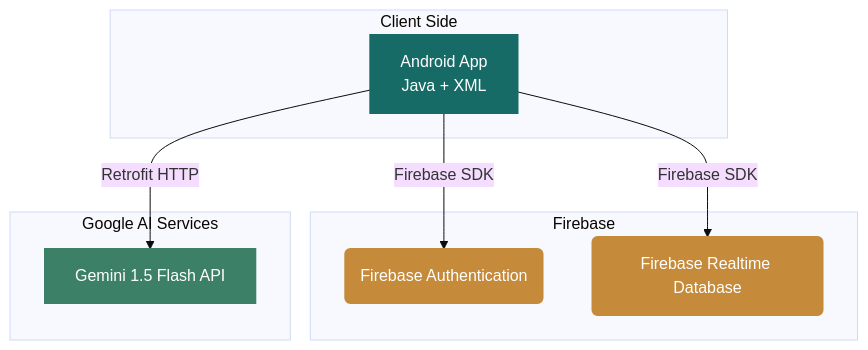
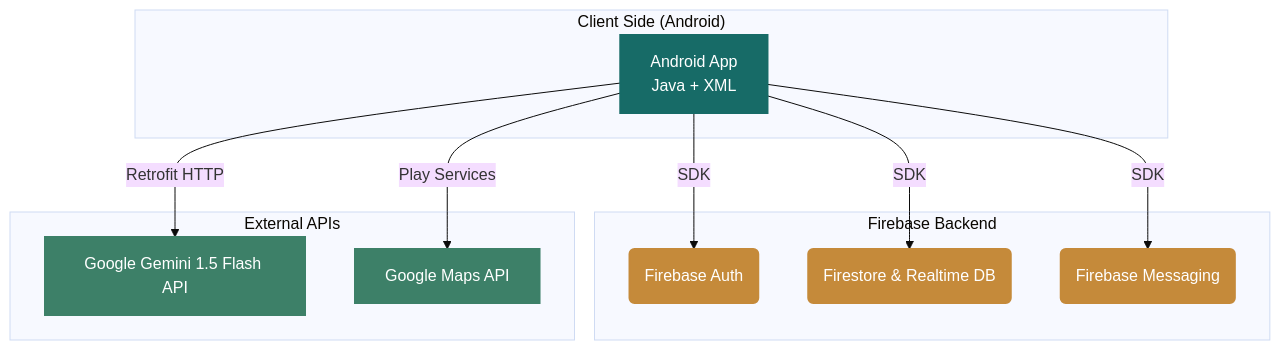
Before and after one commit to krupasawarkar630/SmartLibrary: the diagram in README.md, drawn with Mermaid (base theme). The commit also changed other lines of this file, not shown here.

````diff
--- a/README.md
+++ b/README.md
@@ -49,27 +53,31 @@
 ```mermaid
 graph TD
-    subgraph Client ["Client Side"]
+    subgraph Client ["Client Side (Android)"]
         A[Android App <br> Java + XML]
     end
     
-    subgraph Database ["Firebase"]
-        C(Firebase Authentication)
-        D(Firebase Realtime Database)
+    subgraph Database ["Firebase Backend"]
+        C(Firebase Auth)
+        D(Firestore & Realtime DB)
+        M(Firebase Messaging)
     end
     
-    subgraph AI ["Google AI Services"]
-        E[Gemini 1.5 Flash API]
+    subgraph Services ["External APIs"]
+        E[Google Gemini 1.5 Flash API]
+        F[Google Maps API]
     end
 
-    A -->|Firebase SDK| C
-    A -->|Firebase SDK| D
+    A -->|SDK| C
+    A -->|SDK| D
+    A -->|SDK| M
     A -->|Retrofit HTTP| E
+    A -->|Play Services| F
     
     classDef client fill:#176B67,stroke:#176B67,stroke-width:2px,color:#fff;
     classDef ai fill:#3D8068,stroke:#3D8068,stroke-width:2px,color:#fff;
     classDef db fill:#C58A3A,stroke:#C58A3A,stroke-width:2px,color:#fff;
     
     class A client;
-    class E ai;
-    class C,D db;
+    class E,F ai;
+    class C,D,M db;
 ```
````
